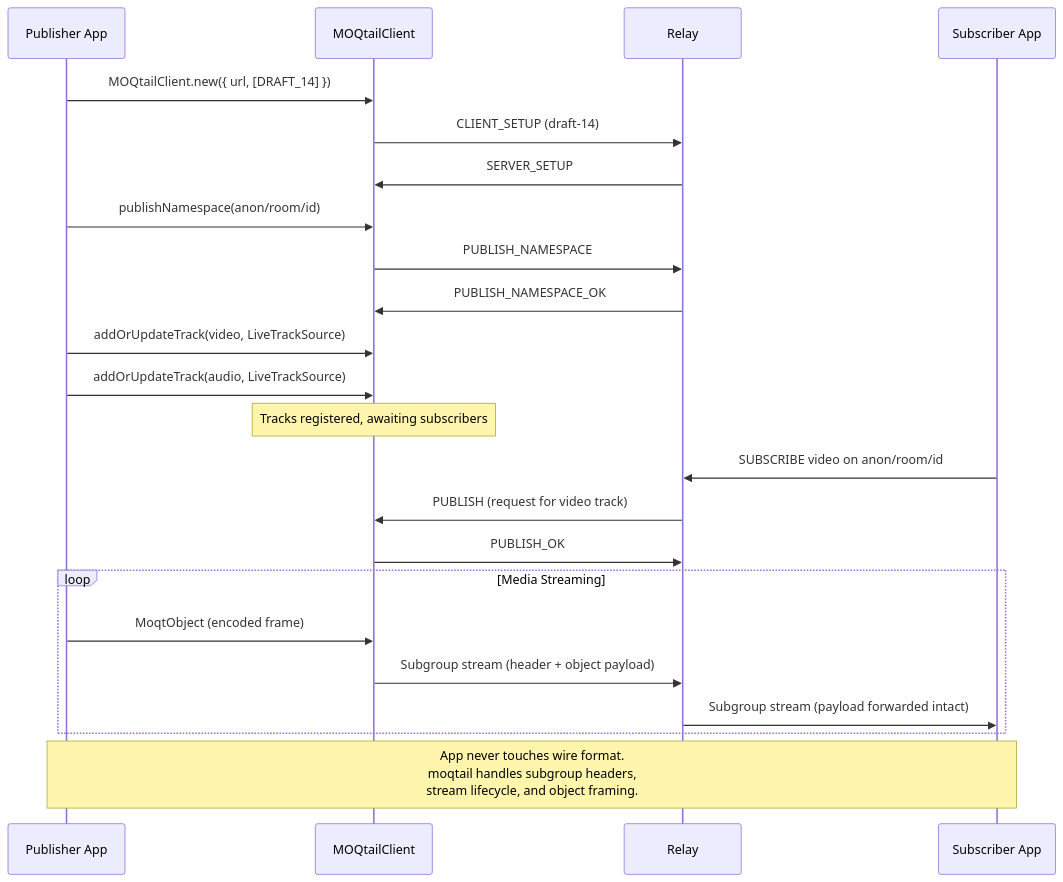
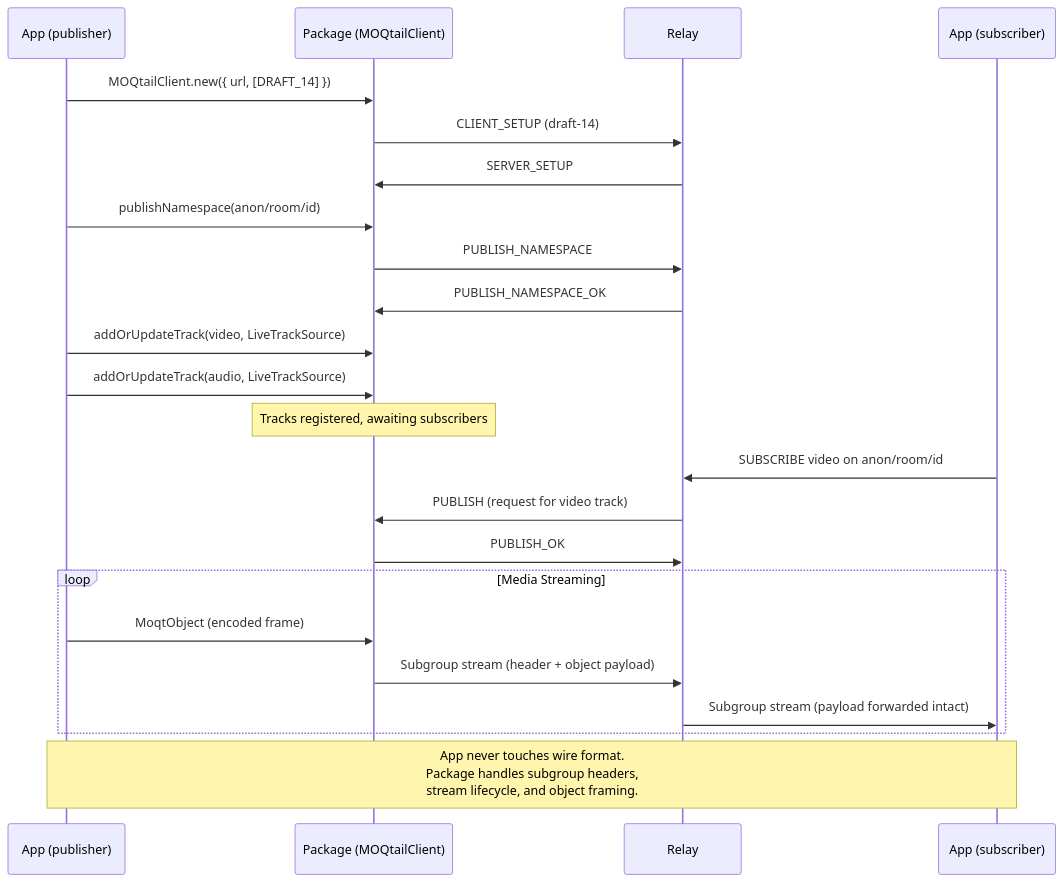
The ninth of 9 diagrams in ARCHITECTURE.md (pathscale/moq-test5-moqtail), drawn with Mermaid before and after one commit. The commit also changed other lines of this file, not shown here.

First line of the commit message:
docs: clarify app vs protocol package throughout ARCHITECTURE.md

````diff
--- a/ARCHITECTURE.md
+++ b/ARCHITECTURE.md
@@ -300,32 +316,32 @@
 ```mermaid
 sequenceDiagram
-    participant P as Publisher App
-    participant C as MOQtailClient
+    participant P as App (publisher)
+    participant C as Package (MOQtailClient)
     participant R as Relay
-    participant S as Subscriber App
+    participant S as App (subscriber)
 
     P->>C: MOQtailClient.new({ url, [DRAFT_14] })
     C->>R: CLIENT_SETUP (draft-14)
     R->>C: SERVER_SETUP
 
     P->>C: publishNamespace(anon/room/id)
     C->>R: PUBLISH_NAMESPACE
     R->>C: PUBLISH_NAMESPACE_OK
 
     P->>C: addOrUpdateTrack(video, LiveTrackSource)
     P->>C: addOrUpdateTrack(audio, LiveTrackSource)
 
     Note over C: Tracks registered, awaiting subscribers
 
     S->>R: SUBSCRIBE video on anon/room/id
     R->>C: PUBLISH (request for video track)
     C->>R: PUBLISH_OK
 
     loop Media Streaming
         P->>C: MoqtObject (encoded frame)
         C->>R: Subgroup stream (header + object payload)
         R->>S: Subgroup stream (payload forwarded intact)
     end
 
-    Note over P,S: App never touches wire format.<br/>moqtail handles subgroup headers,<br/>stream lifecycle, and object framing.
+    Note over P,S: App never touches wire format.<br/>Package handles subgroup headers,<br/>stream lifecycle, and object framing.
 ```
````
